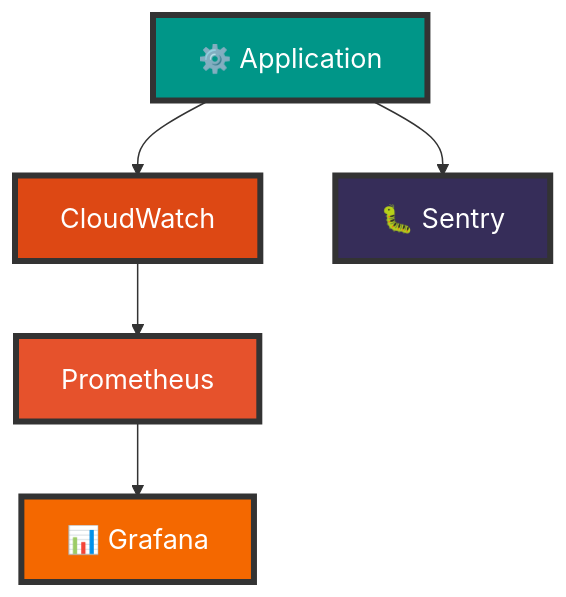
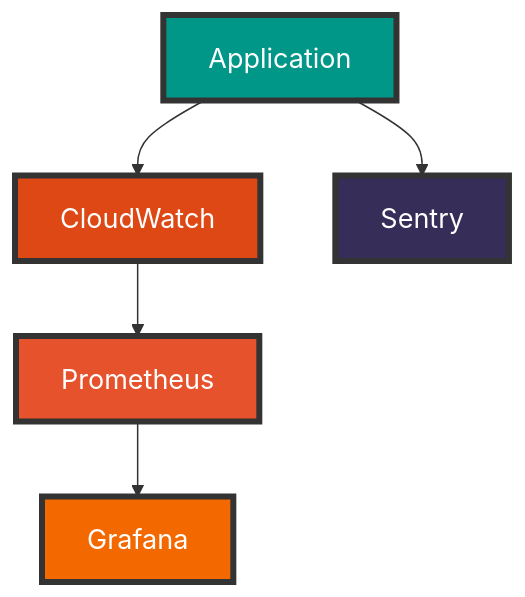
Before and after one commit to inskillflow/awsbedrock-demo-1-inmemory: diagram 18 of 24 in documentation/00-ARCHITECTURE.md, drawn with Mermaid. The commit also changed other lines of this file, not shown here.

First line of the commit message:
refactor: simplification des diagrammes - retrait des emojis

````diff
--- a/documentation/00-ARCHITECTURE.md
+++ b/documentation/00-ARCHITECTURE.md
@@ -845,19 +845,19 @@
 ```mermaid
 flowchart TD
-    App[⚙️ Application]
+    App[Application]
     CloudWatch[CloudWatch]
     Prometheus[Prometheus]
-    Grafana[📊 Grafana]
-    Sentry[🐛 Sentry]
+    Grafana[Grafana]
+    Sentry[Sentry]
     
     App --> CloudWatch
     App --> Sentry
     CloudWatch --> Prometheus
     Prometheus --> Grafana
     
     style App fill:#009688,stroke:#333,stroke-width:4px,color:#fff,font-size:18px
     style CloudWatch fill:#DD4814,stroke:#333,stroke-width:4px,color:#fff,font-size:18px
     style Prometheus fill:#E6522C,stroke:#333,stroke-width:4px,color:#fff,font-size:18px
     style Grafana fill:#F46800,stroke:#333,stroke-width:4px,color:#fff,font-size:18px
     style Sentry fill:#362D59,stroke:#333,stroke-width:4px,color:#fff,font-size:18px
 ```
````
